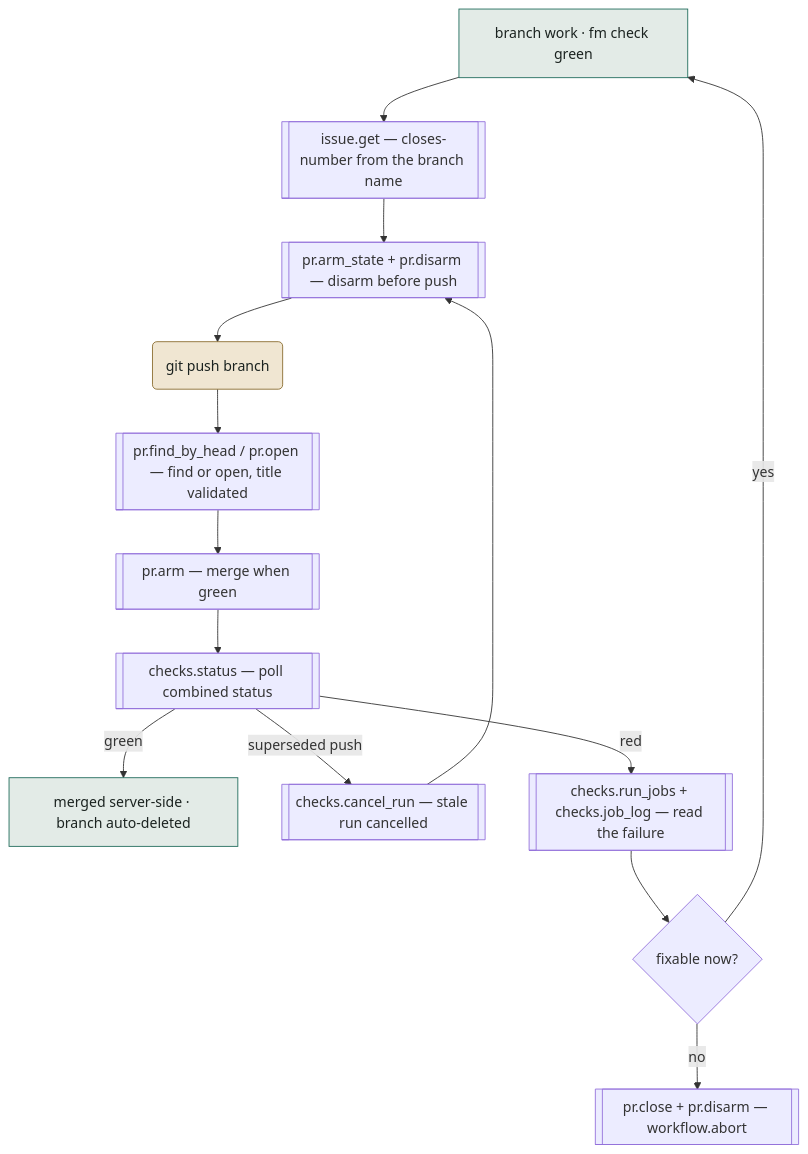
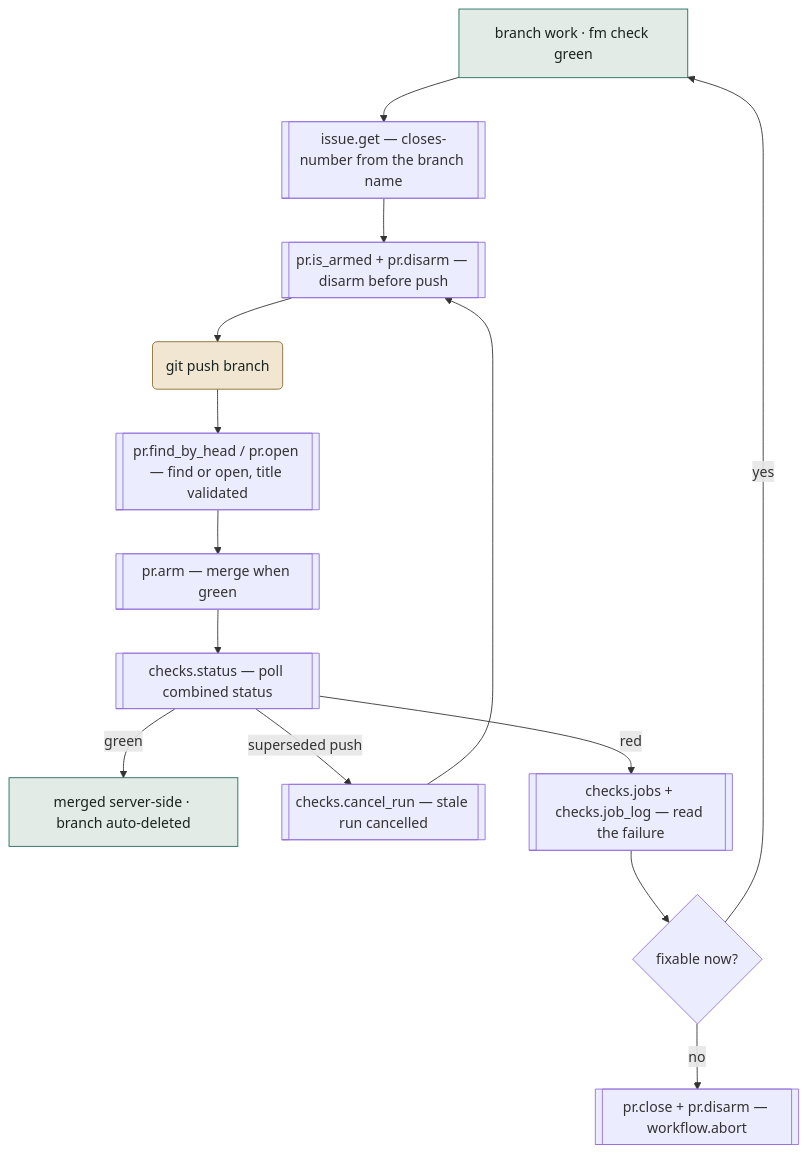
One commit to willemkokke/livery changed the second of 3 diagrams in notes/20260830-development-workflows.md. Above: the diagram before and after it, drawn with Mermaid. The commit also changed other lines of this file and 20 other files, not shown here.

````diff
--- a/notes/20260830-development-workflows.md
+++ b/notes/20260830-development-workflows.md
@@ -107,20 +110,20 @@
 ```mermaid
 flowchart TD
   A[branch work · fm check green] --> B[["issue.get — closes-number from the branch name"]]
-  B --> C[["pr.arm_state + pr.disarm — disarm before push"]]
+  B --> C[["pr.is_armed + pr.disarm — disarm before push"]]
   C --> D(git push branch)
   D --> E[["pr.find_by_head / pr.open — find or open, title validated"]]
   E --> F[["pr.arm — merge when green"]]
   F --> G[["checks.status — poll combined status"]]
   G -->|green| H[merged server-side · branch auto-deleted]
   G -->|superseded push| I[["checks.cancel_run — stale run cancelled"]]
   I --> C
-  G -->|red| J[["checks.run_jobs + checks.job_log — read the failure"]]
+  G -->|red| J[["checks.jobs + checks.job_log — read the failure"]]
   J --> K{fixable now?}
   K -->|yes| A
   K -->|no| L[["pr.close + pr.disarm — workflow.abort"]]
   classDef local fill:#E3EBE7,stroke:#1F6B5B,color:#1B2320
   classDef git fill:#F0E6D2,stroke:#8A6D2F,color:#1B2320
   class A,H local
   class D git
 ```
````
